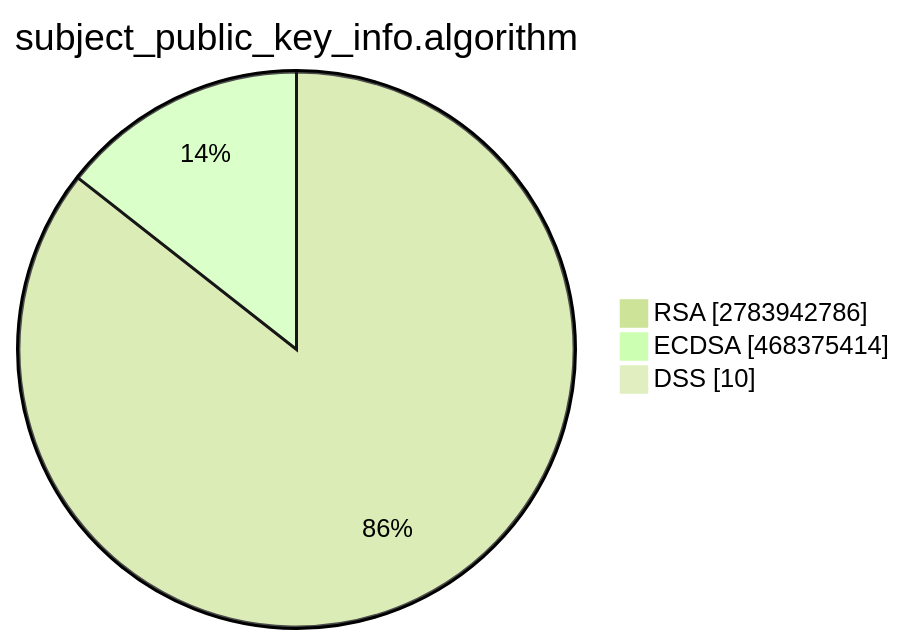
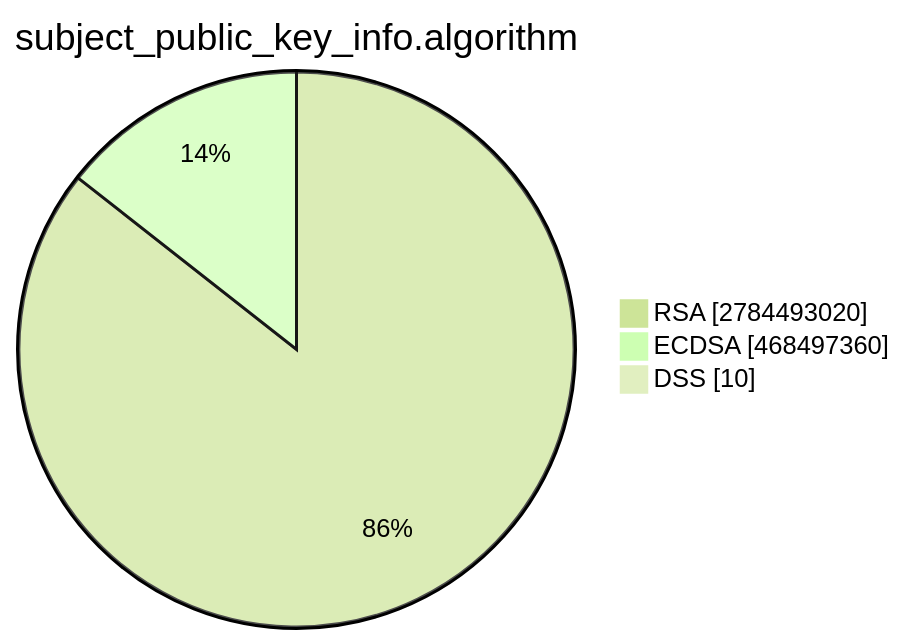
One commit to christiankrug/ctmonitor_visualization changed the second of 15 diagrams in TOTAL/README.md. Above: the diagram before and after it, drawn with Mermaid (forest theme). The commit also changed other lines of this file, not shown here.

````diff
--- a/TOTAL/README.md
+++ b/TOTAL/README.md
@@ -6,7 +6,7 @@
 ```mermaid
 pie showData
 title subject_public_key_info.algorithm
-"RSA" :2783942786
-"ECDSA" :468375414
+"RSA" :2784493020
+"ECDSA" :468497360
 "DSS" :10
 ```
````
